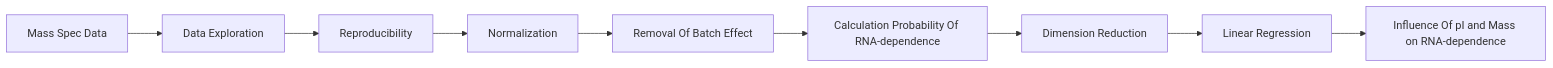
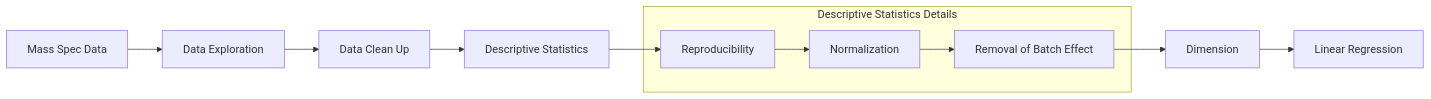
One commit to MichelaPozzi/2025-topic-03-group-04 changed the diagram in README.md. Above: the diagram before and after it, drawn with Mermaid.

````diff
--- a/README.md
+++ b/README.md
@@ -51,11 +51,18 @@
 ```mermaid
 flowchart LR
     A[Mass Spec Data] --> B[Data Exploration]
-    B --> C[Reproducibility]
-    C --> D[Normalization]
-    D --> E[Removal Of Batch Effect]
-    E --> F[Calculation Probability Of RNA-dependence]
-    F --> G[Dimension Reduction]
-    G --> H[Linear Regression]
-    H --> I[Influence Of pI and Mass on RNA-dependence]
+    B --> C[Data Clean Up]
+    C --> D[Descriptive Statistics]
+    
+    subgraph Descriptive_Stats ["Descriptive Statistics Details"]
+        D1[Reproducibility]
+        D2[Normalization]
+        D3[Removal of Batch Effect]
+    end
+    
+    D --> D1
+    D1 --> D2
+    D2 --> D3
+    D3 --> E[Dimension]
+    E --> F[Linear Regression]
 ```
````
